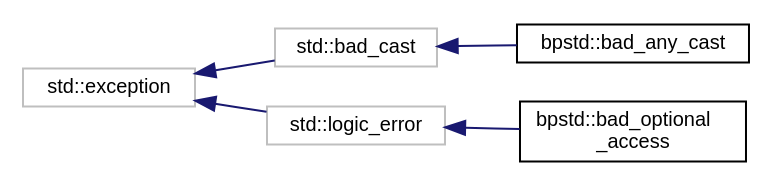
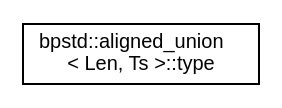
Before and after one commit to bitwizeshift/BackportCpp: the diagram in api/latest/inherit_graph_1.dot, drawn with Graphviz. The commit also changed 456 other files, not shown here.

```diff
--- a/api/latest/inherit_graph_1.dot
+++ b/api/latest/inherit_graph_1.dot
@@ -1,16 +1,7 @@
 digraph "Graphical Class Hierarchy"
 {
- // LATEX_PDF_SIZE
   edge [fontname="Helvetica",fontsize="10",labelfontname="Helvetica",labelfontsize="10"];
   node [fontname="Helvetica",fontsize="10",shape=record];
   rankdir="LR";
-  Node37 [label="std::exception",height=0.2,width=0.4,color="grey75", fillcolor="white", style="filled",tooltip="STL class."];
-  Node37 -> Node38 [dir="back",color="midnightblue",fontsize="10",style="solid",fontname="Helvetica"];
-  Node38 [label="std::bad_cast",height=0.2,width=0.4,color="grey75", fillcolor="white", style="filled",tooltip="STL class."];
-  Node38 -> Node39 [dir="back",color="midnightblue",fontsize="10",style="solid",fontname="Helvetica"];
-  Node39 [label="bpstd::bad_any_cast",height=0.2,width=0.4,color="black", fillcolor="white", style="filled",URL="$da/d5e/classbpstd_1_1bad__any__cast.html",tooltip=" "];
-  Node37 -> Node40 [dir="back",color="midnightblue",fontsize="10",style="solid",fontname="Helvetica"];
-  Node40 [label="std::logic_error",height=0.2,width=0.4,color="grey75", fillcolor="white", style="filled",tooltip="STL class."];
-  Node40 -> Node0 [dir="back",color="midnightblue",fontsize="10",style="solid",fontname="Helvetica"];
-  Node0 [label="bpstd::bad_optional\l_access",height=0.2,width=0.4,color="black", fillcolor="white", style="filled",URL="$df/dbf/classbpstd_1_1bad__optional__access.html",tooltip="An exception thrown when an optional is attempted to be accessed while not containing a value."];
+  Node0 [label="bpstd::aligned_union\l\< Len, Ts \>::type",height=0.2,width=0.4,color="black", fillcolor="white", style="filled",URL="$d1/d91/structbpstd_1_1aligned__union.html#d4/d86/structbpstd_1_1aligned__union_1_1type"];
 }
```
